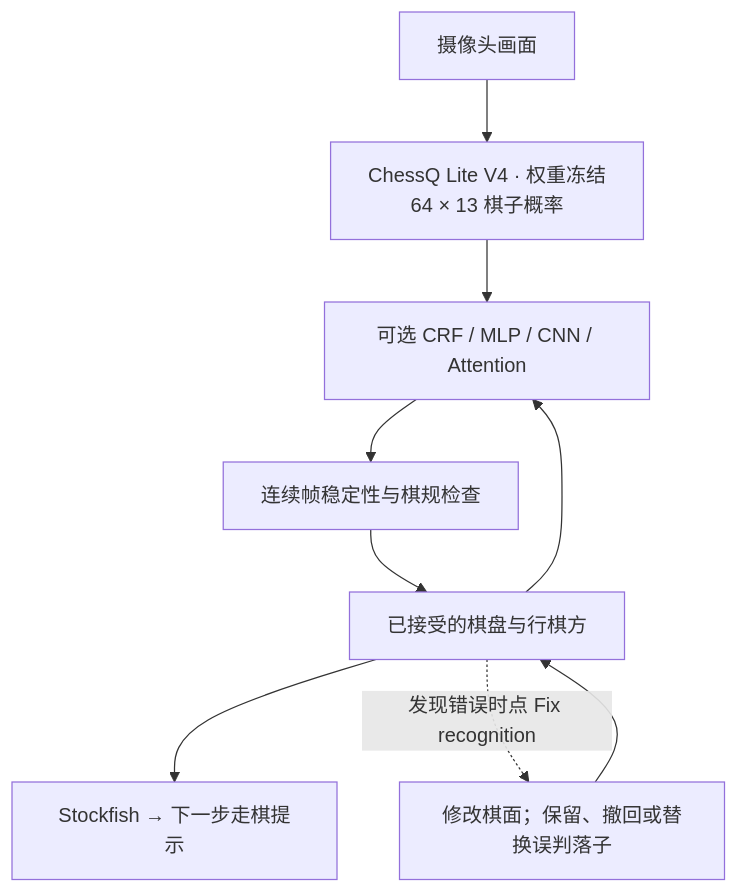
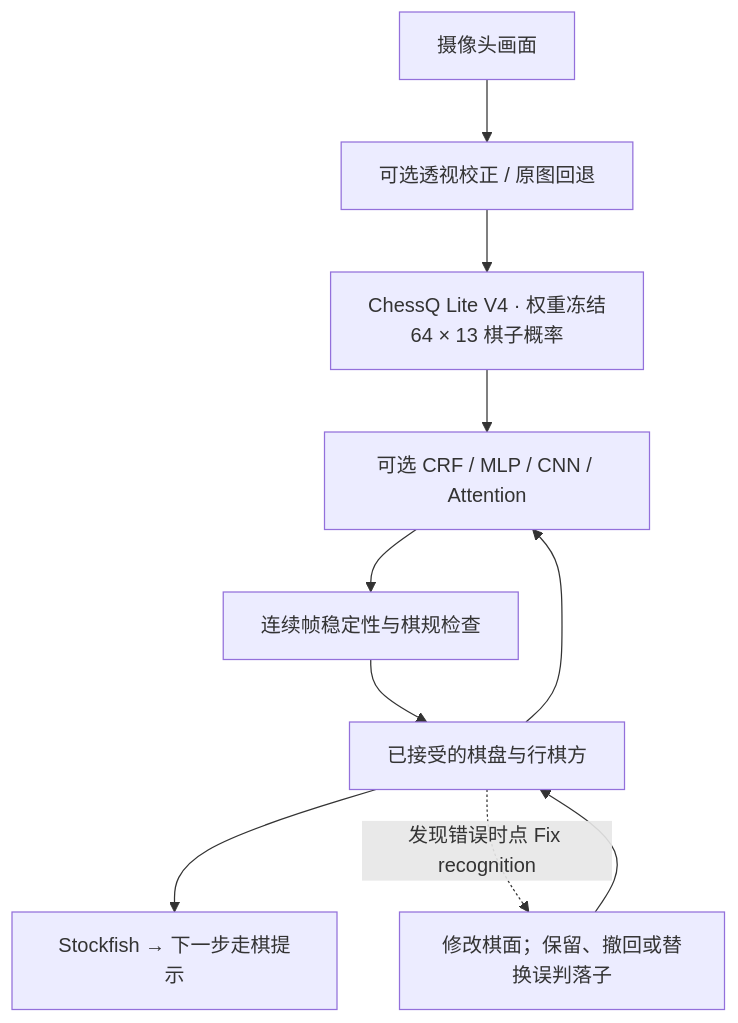
One commit to AmethystineAlpaca/camera_chess changed the diagram in README.zh-CN.md. Above: the diagram before and after it, drawn with Mermaid. The commit also changed other lines of this file and 39 other files, not shown here.

````diff
--- a/README.zh-CN.md
+++ b/README.zh-CN.md
@@ -35,11 +53,12 @@
 ```mermaid
 flowchart TD
-    C["摄像头画面"] --> V["ChessQ Lite V4 · 权重冻结<br/>64 × 13 棋子概率"]
+    C["摄像头画面"] --> P["可选透视校正 / 原图回退"]
+    P --> V["ChessQ Lite V4 · 权重冻结<br/>64 × 13 棋子概率"]
     V --> R["可选 CRF / MLP / CNN / Attention"]
     G["已接受的棋盘与行棋方"] --> R
     R --> T["连续帧稳定性与棋规检查"]
     T --> G
     G --> S["Stockfish → 下一步走棋提示"]
     G -. "发现错误时点 Fix recognition" .-> F["修改棋面；保留、撤回或替换误判落子"]
     F --> G
 ```
````
